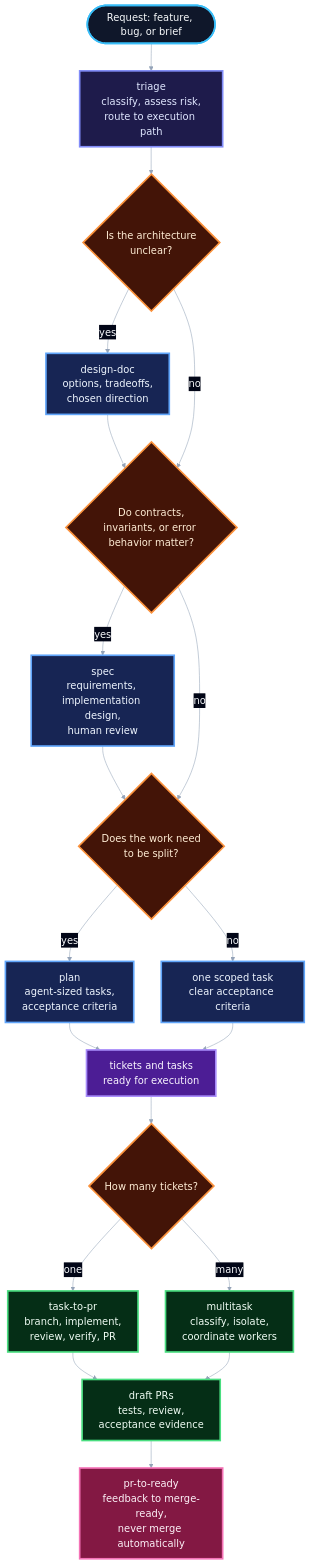
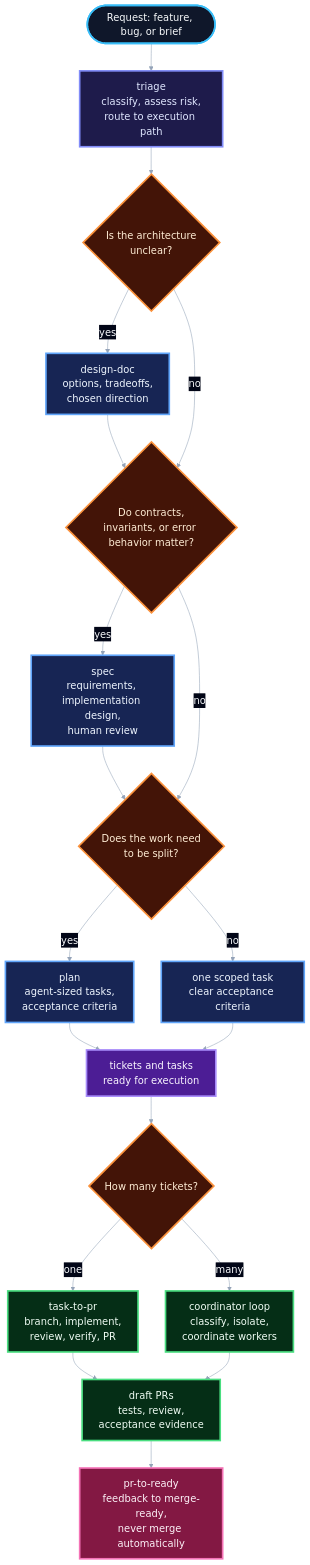
One commit to versusjl/devin-blueprint changed the diagram in README.md. Above: the diagram before and after it, drawn with Mermaid. The commit also changed other lines of this file and 23 other files, not shown here.

````diff
--- a/README.md
+++ b/README.md
@@ -66,53 +66,53 @@
 ```mermaid
 %%{init: {"theme": "base", "themeVariables": {"fontFamily": "Inter, ui-sans-serif, system-ui", "fontSize": "18px", "primaryTextColor": "#f8fafc", "tertiaryTextColor": "#f8fafc", "lineColor": "#94a3b8", "edgeLabelBackground": "#020617"}}}%%
 flowchart TD
     Request([Request: feature, bug, or brief])
 
     Triage["triage\nclassify, assess risk,\nroute to execution path"]
 
     Ambiguous{Is the architecture<br/>unclear?}
     Design["design-doc\noptions, tradeoffs,\nchosen direction"]
 
     SpecGate{Do contracts,<br/>invariants, or error behavior matter?}
     Spec["spec\nrequirements, implementation design,\nhuman review"]
 
     Split{Does the work need<br/>to be split?}
     Plan["plan\nagent-sized tasks,\nacceptance criteria"]
     Direct["one scoped task\nclear acceptance criteria"]
 
     Handoff["tickets and tasks\nready for execution"]
 
     Count{How many tickets?}
     Single["task-to-pr\nbranch, implement,\nreview, verify, PR"]
-    Multi["multitask\nclassify, isolate,\ncoordinate workers"]
+    Multi["coordinator loop\nclassify, isolate,\ncoordinate workers"]
     PRs["draft PRs\ntests, review,\nacceptance evidence"]
     Ready["pr-to-ready\nfeedback to merge-ready,\nnever merge automatically"]
 
     Request --> Triage --> Ambiguous
     Ambiguous -->|yes| Design --> SpecGate
     Ambiguous -->|no| SpecGate
     SpecGate -->|yes| Spec --> Split
     SpecGate -->|no| Split
     Split -->|yes| Plan --> Handoff
     Split -->|no| Direct --> Handoff
     Handoff --> Count
     Count -->|one| Single --> PRs
     Count -->|many| Multi --> PRs
     PRs --> Ready
 
     classDef start fill:#0f172a,stroke:#38bdf8,stroke-width:3px,color:#f8fafc,font-size:18px;
     classDef triage fill:#1e1b4b,stroke:#818cf8,stroke-width:3px,color:#e0e7ff,font-size:18px;
     classDef decision fill:#431407,stroke:#fb923c,stroke-width:3px,color:#ffedd5,font-size:18px;
     classDef decide fill:#172554,stroke:#60a5fa,stroke-width:3px,color:#eff6ff,font-size:18px;
     classDef handoff fill:#4c1d95,stroke:#a78bfa,stroke-width:3px,color:#faf5ff,font-size:18px;
     classDef deliver fill:#052e16,stroke:#4ade80,stroke-width:3px,color:#f0fdf4,font-size:18px;
     classDef feedback fill:#831843,stroke:#f472b6,stroke-width:3px,color:#fdf2f8,font-size:18px;
 
     class Request start;
     class Triage triage;
     class Ambiguous,SpecGate,Split,Count decision;
     class Design,Spec,Plan,Direct decide;
     class Handoff handoff;
     class Single,Multi,PRs deliver;
     class Ready feedback;
 ```
````
